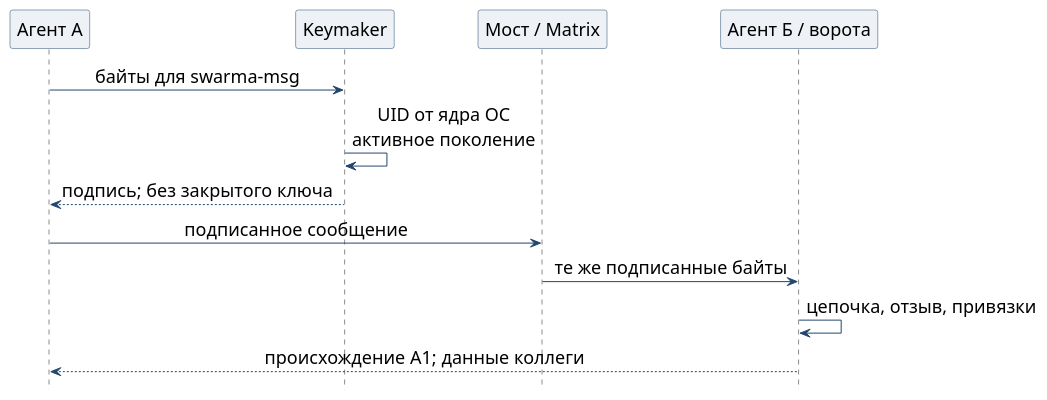
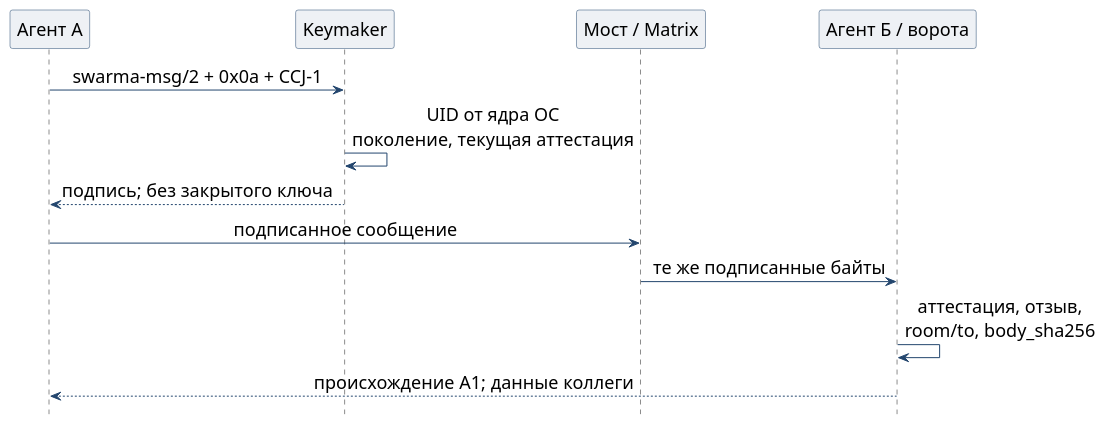
Before and after one commit to relux-works/swarma-docs: the diagram in editorial/notes/signing-auth/src/agent-message.puml, drawn with PlantUML. The commit also changed 35 other files, not shown here.

```diff
--- a/editorial/notes/signing-auth/src/agent-message.puml
+++ b/editorial/notes/signing-auth/src/agent-message.puml
@@ -1,21 +1,21 @@
 @startuml
 skinparam defaultFontName PT Sans
 skinparam defaultFontSize 18
 skinparam sequenceMessageAlign center
 skinparam shadowing false
 skinparam ParticipantBackgroundColor #eef1f5
 skinparam ParticipantBorderColor #23466e
 skinparam ArrowColor #23466e
 hide footbox
 participant "Агент А" as a
 participant Keymaker as km
 participant "Мост / Matrix" as matrix
 participant "Агент Б / ворота" as b
-a -> km : байты для swarma-msg
-km -> km : UID от ядра ОС\nактивное поколение
+a -> km : swarma-msg/2 + 0x0a + CCJ-1
+km -> km : UID от ядра ОС\nпоколение, текущая аттестация
 km --> a : подпись; без закрытого ключа
 a -> matrix : подписанное сообщение
 matrix -> b : те же подписанные байты
-b -> b : цепочка, отзыв, привязки
+b -> b : аттестация, отзыв,\nroom/to, body_sha256
 b --> a : происхождение A1; данные коллеги
 @enduml
```
